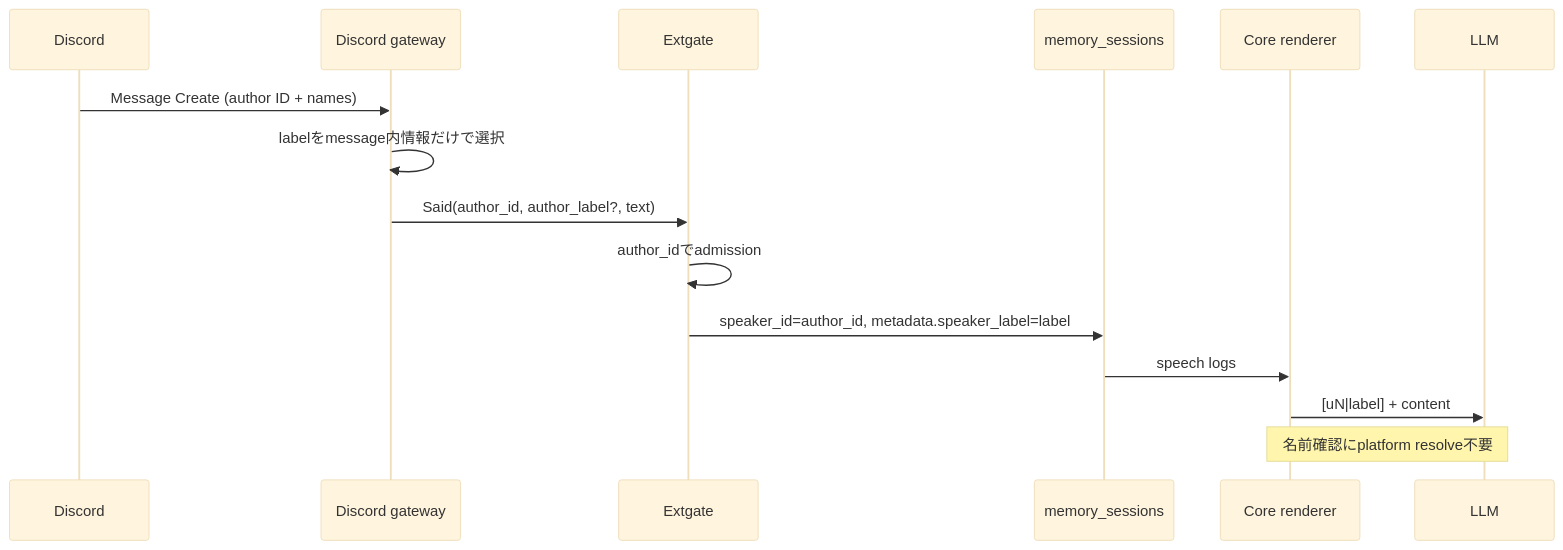
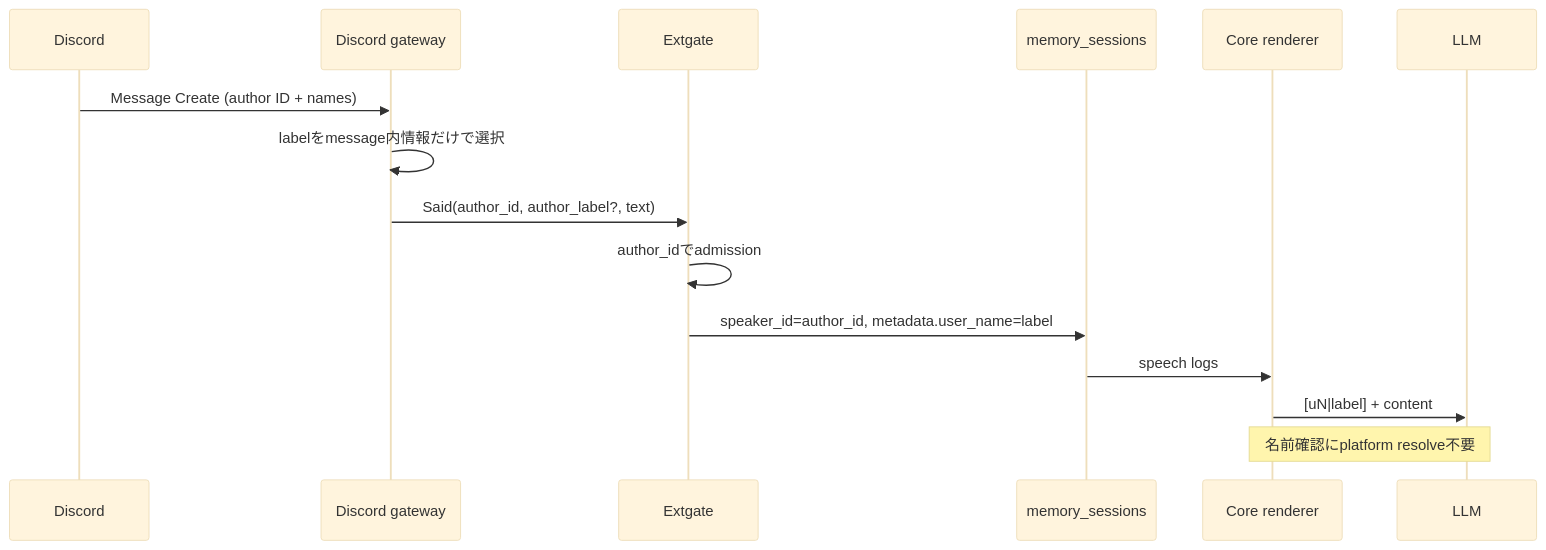
The diagram in docs/design-generic-speaker-label.md (kojira/opencrab), drawn with Mermaid (base theme) before and after one commit. The commit also changed other lines of this file and 20 other files, not shown here.

````diff
--- a/docs/design-generic-speaker-label.md
+++ b/docs/design-generic-speaker-label.md
@@ -76,18 +76,18 @@
 ```mermaid
 sequenceDiagram
     participant D as Discord
     participant G as Discord gateway
     participant E as Extgate
     participant DB as memory_sessions
     participant C as Core renderer
     participant L as LLM
 
     D->>G: Message Create (author ID + names)
     G->>G: labelをmessage内情報だけで選択
     G->>E: Said(author_id, author_label?, text)
     E->>E: author_idでadmission
-    E->>DB: speaker_id=author_id, metadata.speaker_label=label
+    E->>DB: speaker_id=author_id, metadata.user_name=label
     DB->>C: speech logs
     C->>L: [uN|label] + content
     Note over C,L: 名前確認にplatform resolve不要
 ```
````
